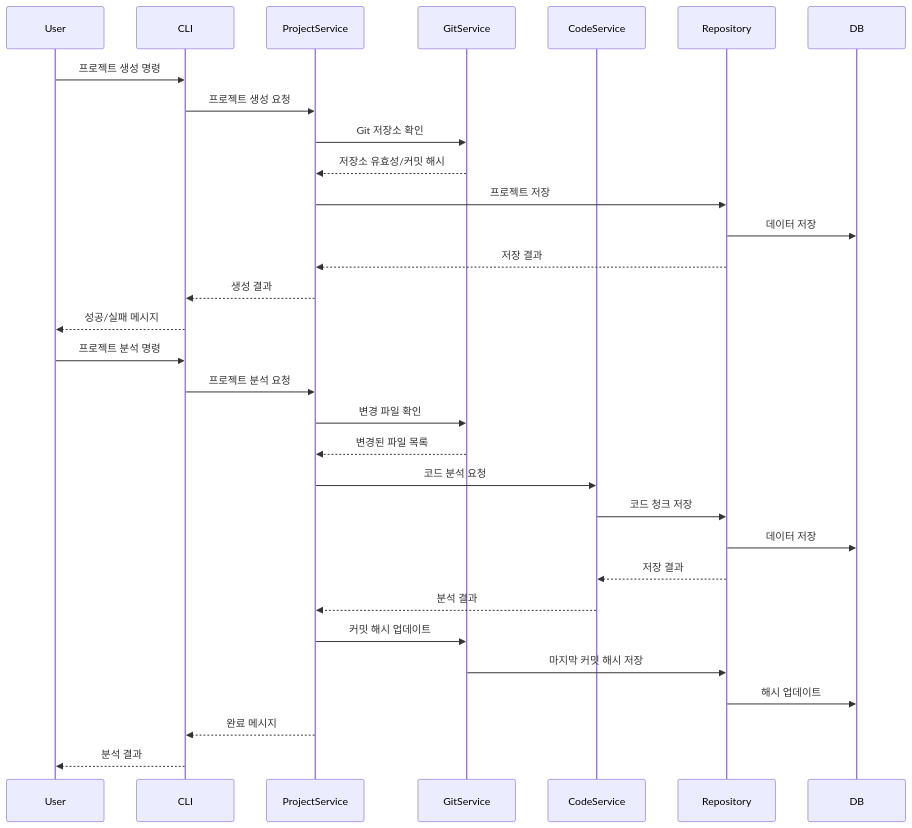
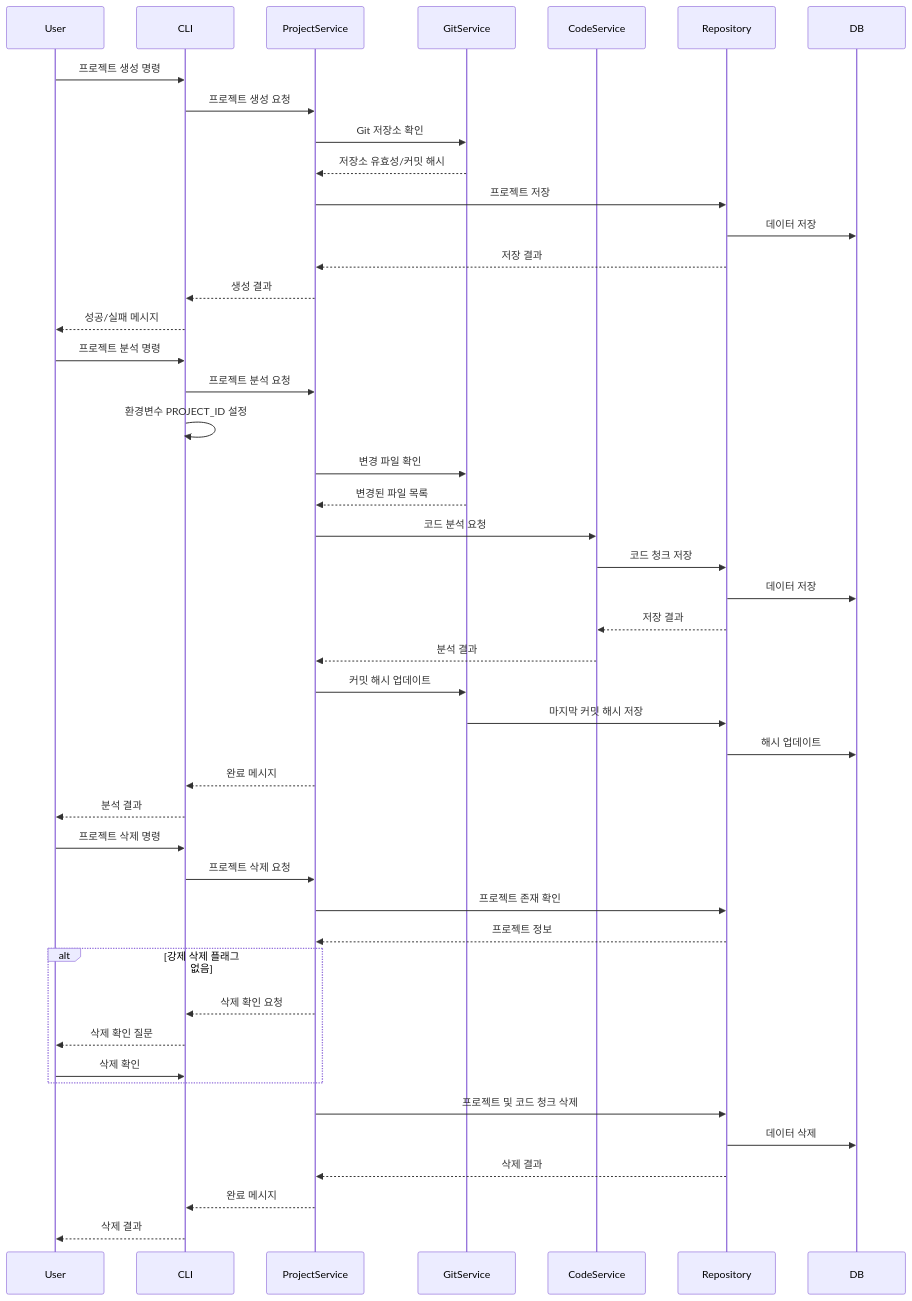
One commit to tallpizza/mcp-codebase changed the second of 2 diagrams in memory-bank/systemPatterns.md. Above: the diagram before and after it, drawn with Mermaid. The commit also changed other lines of this file and 3 other files, not shown here.

````diff
--- a/memory-bank/systemPatterns.md
+++ b/memory-bank/systemPatterns.md
@@ -93,35 +113,51 @@
 ```mermaid
 sequenceDiagram
     participant User
     participant CLI
     participant ProjectService
     participant GitService
     participant CodeService
     participant Repository
     participant DB
 
     User->>CLI: 프로젝트 생성 명령
     CLI->>ProjectService: 프로젝트 생성 요청
     ProjectService->>GitService: Git 저장소 확인
     GitService-->>ProjectService: 저장소 유효성/커밋 해시
     ProjectService->>Repository: 프로젝트 저장
     Repository->>DB: 데이터 저장
     Repository-->>ProjectService: 저장 결과
     ProjectService-->>CLI: 생성 결과
     CLI-->>User: 성공/실패 메시지
 
     User->>CLI: 프로젝트 분석 명령
     CLI->>ProjectService: 프로젝트 분석 요청
+    CLI->>CLI: 환경변수 PROJECT_ID 설정
     ProjectService->>GitService: 변경 파일 확인
     GitService-->>ProjectService: 변경된 파일 목록
     ProjectService->>CodeService: 코드 분석 요청
     CodeService->>Repository: 코드 청크 저장
     Repository->>DB: 데이터 저장
     Repository-->>CodeService: 저장 결과
     CodeService-->>ProjectService: 분석 결과
     ProjectService->>GitService: 커밋 해시 업데이트
     GitService->>Repository: 마지막 커밋 해시 저장
     Repository->>DB: 해시 업데이트
     ProjectService-->>CLI: 완료 메시지
     CLI-->>User: 분석 결과
+
+    User->>CLI: 프로젝트 삭제 명령
+    CLI->>ProjectService: 프로젝트 삭제 요청
+    ProjectService->>Repository: 프로젝트 존재 확인
+    Repository-->>ProjectService: 프로젝트 정보
+    alt 강제 삭제 플래그 없음
+        ProjectService-->>CLI: 삭제 확인 요청
+        CLI-->>User: 삭제 확인 질문
+        User->>CLI: 삭제 확인
+    end
+    ProjectService->>Repository: 프로젝트 및 코드 청크 삭제
+    Repository->>DB: 데이터 삭제
+    Repository-->>ProjectService: 삭제 결과
+    ProjectService-->>CLI: 완료 메시지
+    CLI-->>User: 삭제 결과
 ```
````
